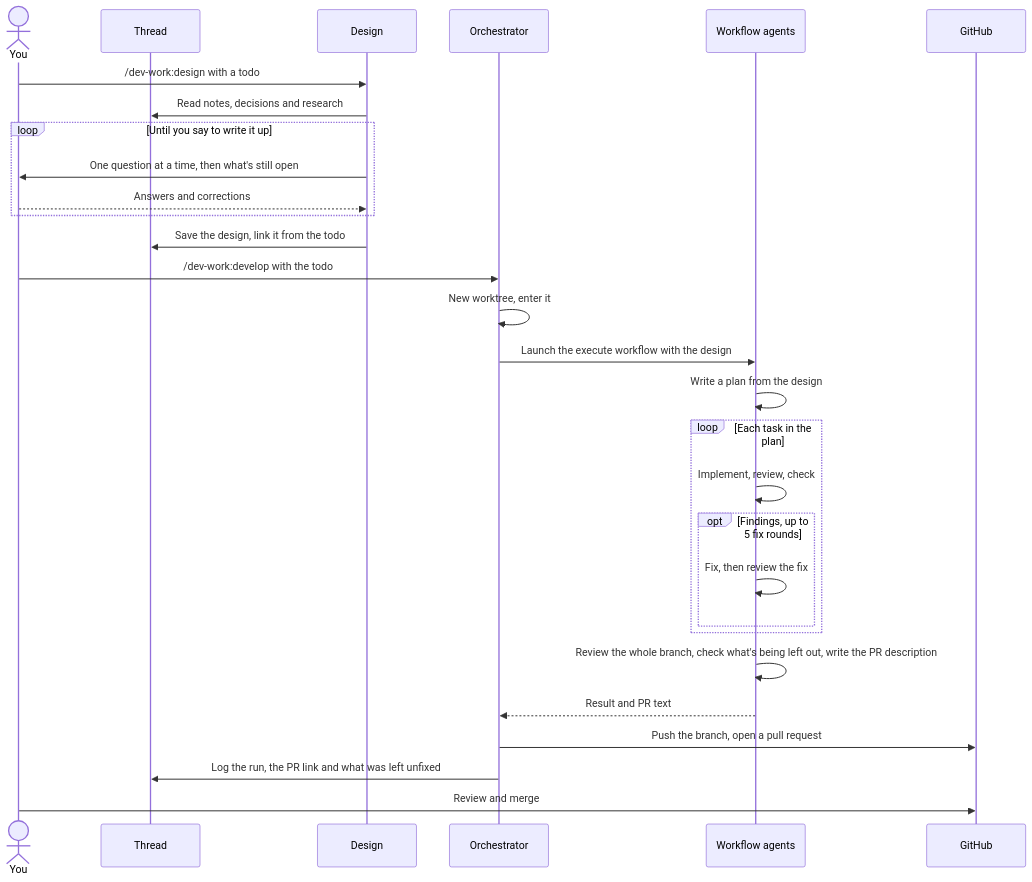
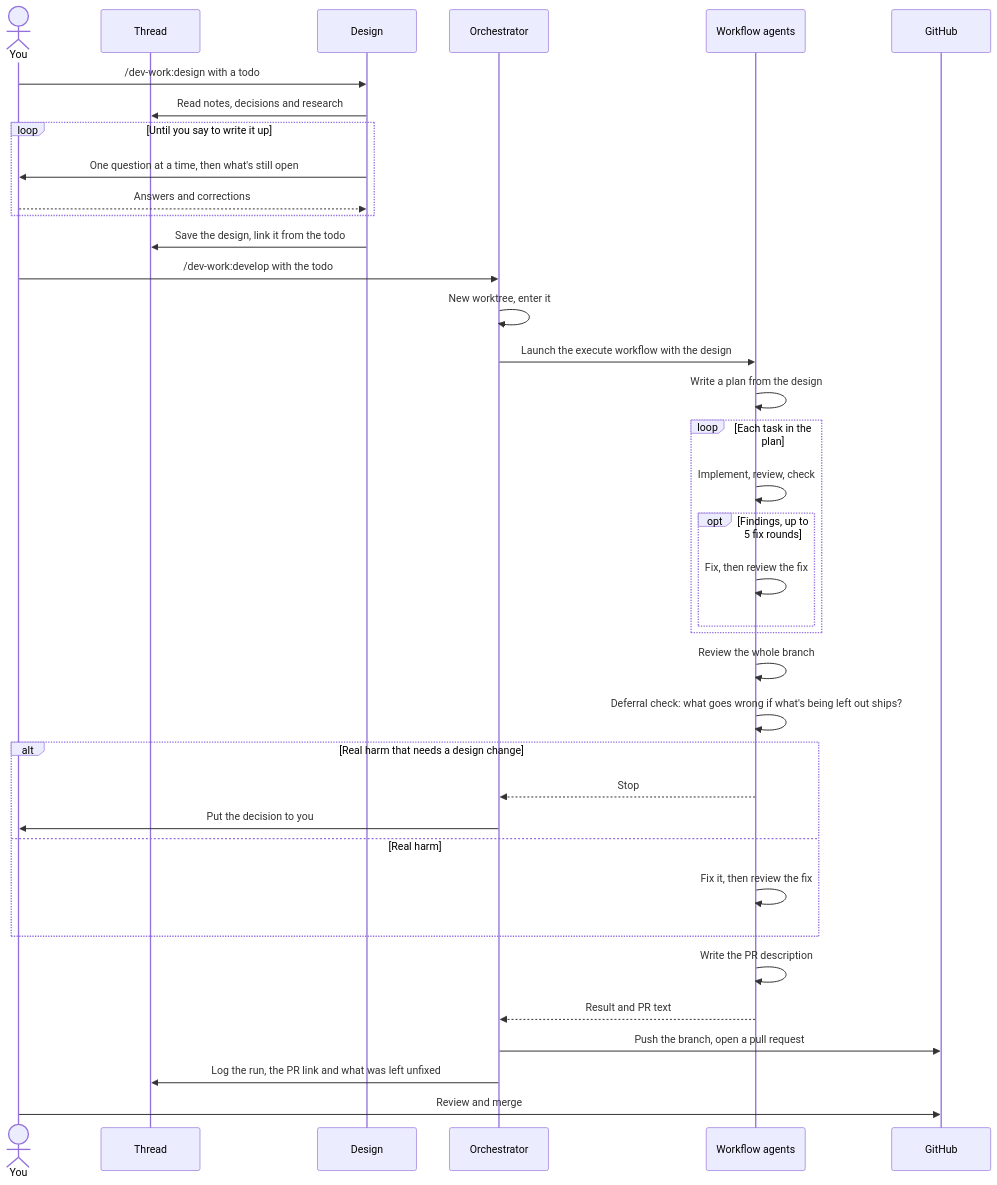
One commit to sebmartin/dev-work changed the diagram in README.md. Above: the diagram before and after it, drawn with Mermaid.

Commit message:
README diagram: show the deferral check and when it stops for the user

````diff
--- a/README.md
+++ b/README.md
@@ -14,33 +14,41 @@
 ```mermaid
 sequenceDiagram
     actor You
     participant T as Thread
     participant D as Design
     participant O as Orchestrator
     participant W as Workflow agents
     participant G as GitHub
 
     You->>D: /dev-work:design with a todo
     D->>T: Read notes, decisions and research
     loop Until you say to write it up
         D->>You: One question at a time, then what's still open
         You-->>D: Answers and corrections
     end
     D->>T: Save the design, link it from the todo
 
     You->>O: /dev-work:develop with the todo
     O->>O: New worktree, enter it
     O->>W: Launch the execute workflow with the design
     W->>W: Write a plan from the design
     loop Each task in the plan
         W->>W: Implement, review, check
         opt Findings, up to 5 fix rounds
             W->>W: Fix, then review the fix
         end
     end
-    W->>W: Review the whole branch, check what's being left out, write the PR description
+    W->>W: Review the whole branch
+    W->>W: Deferral check: what goes wrong if what's being left out ships?
+    alt Real harm that needs a design change
+        W-->>O: Stop
+        O->>You: Put the decision to you
+    else Real harm
+        W->>W: Fix it, then review the fix
+    end
+    W->>W: Write the PR description
     W-->>O: Result and PR text
     O->>G: Push the branch, open a pull request
     O->>T: Log the run, the PR link and what was left unfixed
     You->>G: Review and merge
 ```
````
